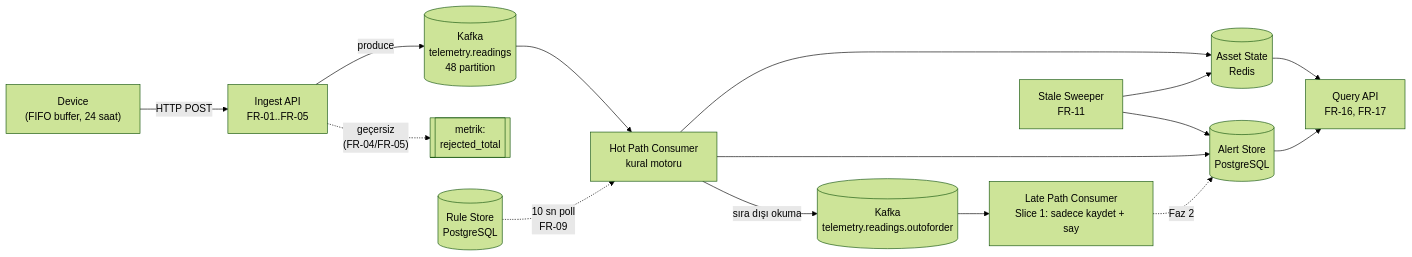
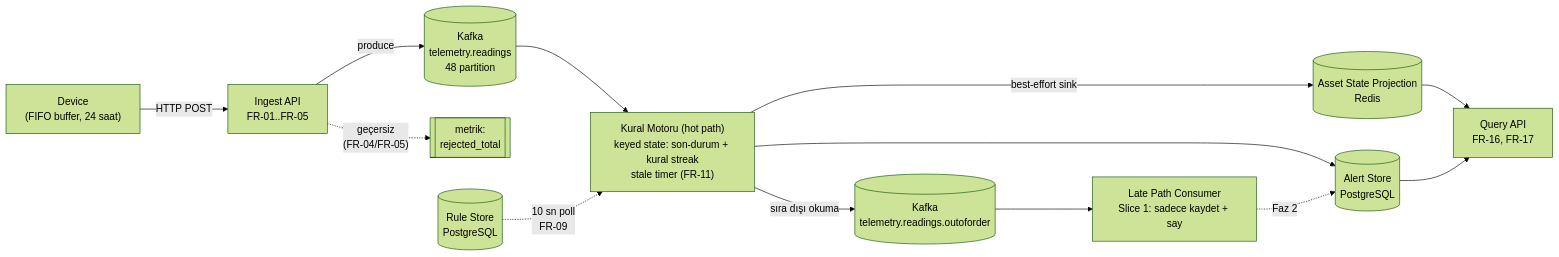
The diagram in docs/04-design/hld.md (faruktur/ColdLog), drawn with Mermaid (forest theme) before and after one commit. The commit also changed other lines of this file and 4 other files, not shown here.

First line of the commit message:
HLD Revise - State Taxonomy, Stale Timer, Redis Projection

````diff
--- a/docs/04-design/hld.md
+++ b/docs/04-design/hld.md
@@ -11,20 +13,18 @@
 ```mermaid
 flowchart LR
     D["Device<br/>(FIFO buffer, 24 saat)"] -->|HTTP POST| I["Ingest API<br/>FR-01..FR-05"]
     I -->|produce| K[("Kafka<br/>telemetry.readings<br/>48 partition")]
     I -.->|"geçersiz<br/>(FR-04/FR-05)"| M1[["metrik:<br/>rejected_total"]]
 
-    K --> H["Hot Path Consumer<br/>kural motoru"]
-    H --> S[("Asset State<br/>Redis")]
+    K --> H["Kural Motoru (hot path)<br/>keyed state: son-durum + kural streak<br/>stale timer (FR-11)"]
     H --> A[("Alert Store<br/>PostgreSQL")]
+    H -->|"best-effort sink"| S[("Asset State Projection<br/>Redis")]
     H -->|"sıra dışı okuma"| L[("Kafka<br/>telemetry.readings.outoforder")]
 
     L --> O["Late Path Consumer<br/>Slice 1: sadece kaydet + say"]
     O -.->|Faz 2| A
 
     R[("Rule Store<br/>PostgreSQL")] -.->|"10 sn poll<br/>FR-09"| H
-    T["Stale Sweeper<br/>FR-11"] --> S
-    T --> A
     S --> Q["Query API<br/>FR-16, FR-17"]
     A --> Q
 ```
````
